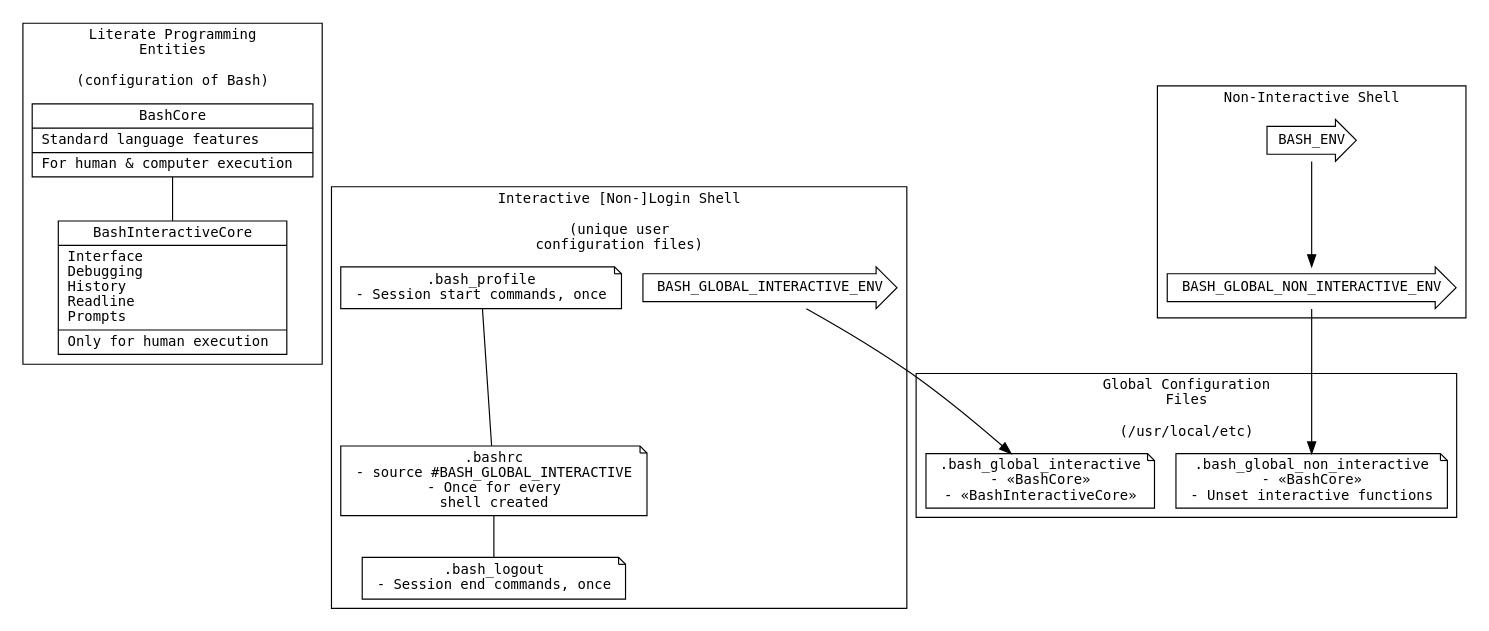
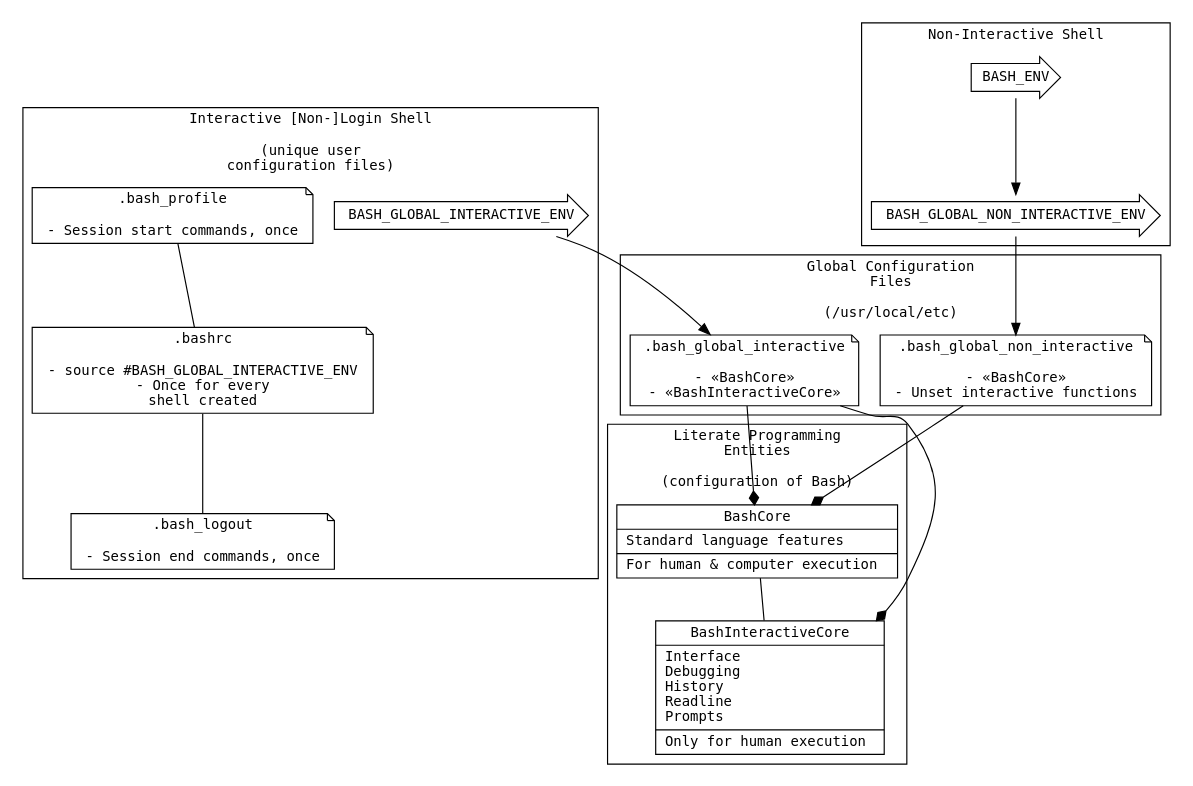
Before and after one commit to grettke/bash: the diagram in bash.org, drawn with Graphviz. The commit also changed 1 other file, not shown here.

Commit message:
Version 4 v1
Visualized attempt to generalize and reuse Bash configuration.

```diff
--- a/bash.org
+++ b/bash.org
@@ -2430,35 +2430,38 @@
 #+BEGIN_SRC dot :file "./image/version04.png" :wrap "RESULTS"
 digraph version5 {
   fontname = "DejaVu Sans Mono"
   fontsize = 12
   node [shape = "record" fontname = "DejaVu Sans Mono" fontsize = 12]
   subgraph cluster_0 {
     label = "Literate Programming\nEntities\n\n(configuration of Bash)";
     BashCore[label = "{BashCore|Standard language features\l|For human & computer execution\l}"]
     BashInteractiveCore[label = "{BashInteractiveCore|Interface\lDebugging\lHistory\lReadline\lPrompts\l|Only for human execution\l}"]
   }
   subgraph cluster_1 {
     label = "Global Configuration\nFiles\n\n(/usr/local/etc)";
-    BashGlobalNonInteractiveFile[shape = "note" label = ".bash_global_non_interactive\n- «BashCore»\n- Unset interactive functions"]
-    BashGlobalInteractiveFile[shape = "note" label = ".bash_global_interactive\n- «BashCore»\n- «BashInteractiveCore»"]
+    BashGlobalNonInteractiveFile[shape = "note" label = ".bash_global_non_interactive\n\n- «BashCore»\n- Unset interactive functions"]
+    BashGlobalInteractiveFile[shape = "note" label = ".bash_global_interactive\n\n- «BashCore»\n- «BashInteractiveCore»"]
   }
   subgraph cluster_2 {
     label = "Interactive [Non-]Login Shell\n\n(unique user\nconfiguration files)";
-    BashProfile[shape = "note" label = ".bash_profile\n- Session start commands, once"]
-    BashRc[shape = "note" label = ".bashrc\n- source #BASH_GLOBAL_INTERACTIVE\n- Once for every\nshell created"]
-    BashLogout[shape = "note" label = ".bash_logout\n- Session end commands, once"]
+    BashProfile[shape = "note" label = ".bash_profile\n\n- Session start commands, once"]
+    BashRc[shape = "note" label = ".bashrc\n\n- source #BASH_GLOBAL_INTERACTIVE_ENV\n- Once for every\nshell created"]
+    BashLogout[shape = "note" label = ".bash_logout\n\n- Session end commands, once"]
     BashGlobalInteractiveProp [shape = "rarrow" label = "BASH_GLOBAL_INTERACTIVE_ENV"]
   }
   subgraph cluster_3 {
     label = "Non-Interactive Shell";
     BashEnv [shape = "rarrow" label = "BASH_ENV"]
     BashGlobalNonInteractiveProp [shape = "rarrow" label = "BASH_GLOBAL_NON_INTERACTIVE_ENV"]
   }
 
   BashCore -> BashInteractiveCore [arrowhead=none];
   BashProfile -> BashRc [arrowhead=none]
   BashRc -> BashLogout [arrowhead=none];
   BashEnv -> BashGlobalNonInteractiveProp -> BashGlobalNonInteractiveFile;
   BashGlobalInteractiveProp -> BashGlobalInteractiveFile;
+  BashGlobalInteractiveFile -> BashCore [arrowhead=diamond];
+  BashGlobalInteractiveFile -> BashInteractiveCore [arrowhead=diamond];
+  BashGlobalNonInteractiveFile -> BashCore [arrowhead=diamond];
 }
 #+END_SRC
```
